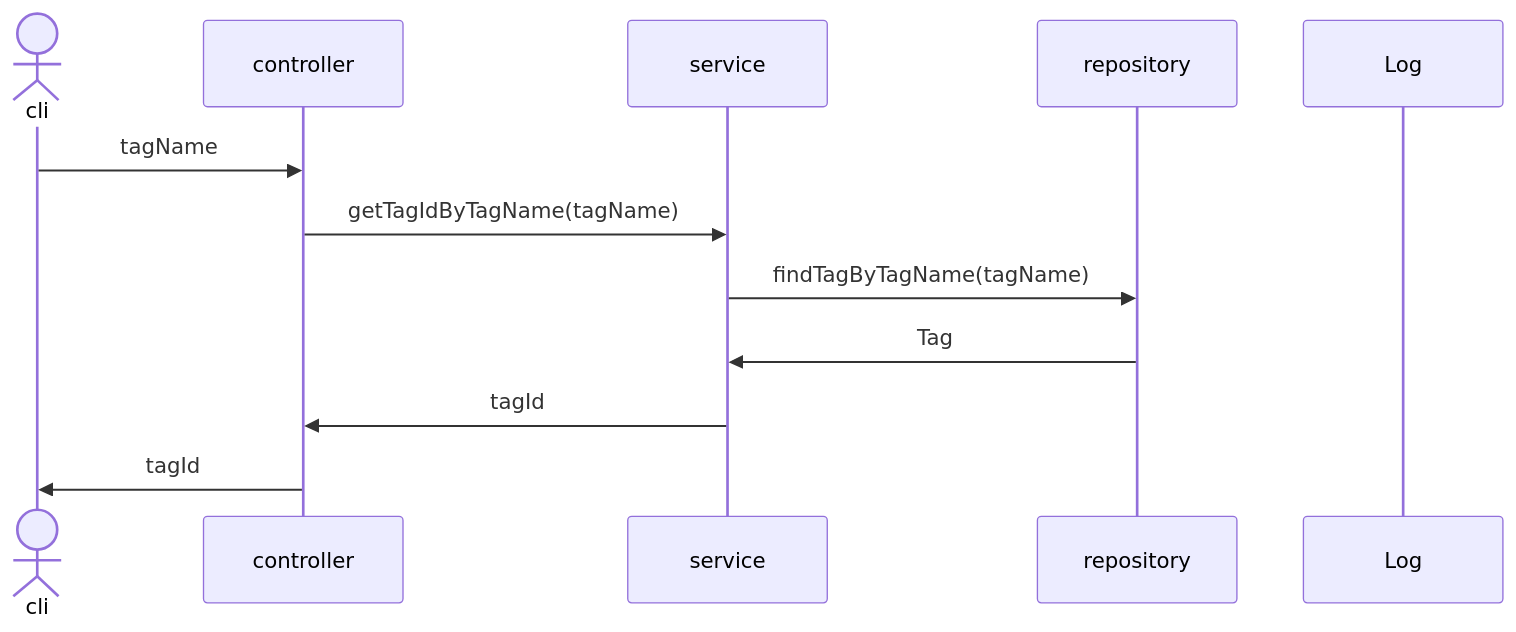
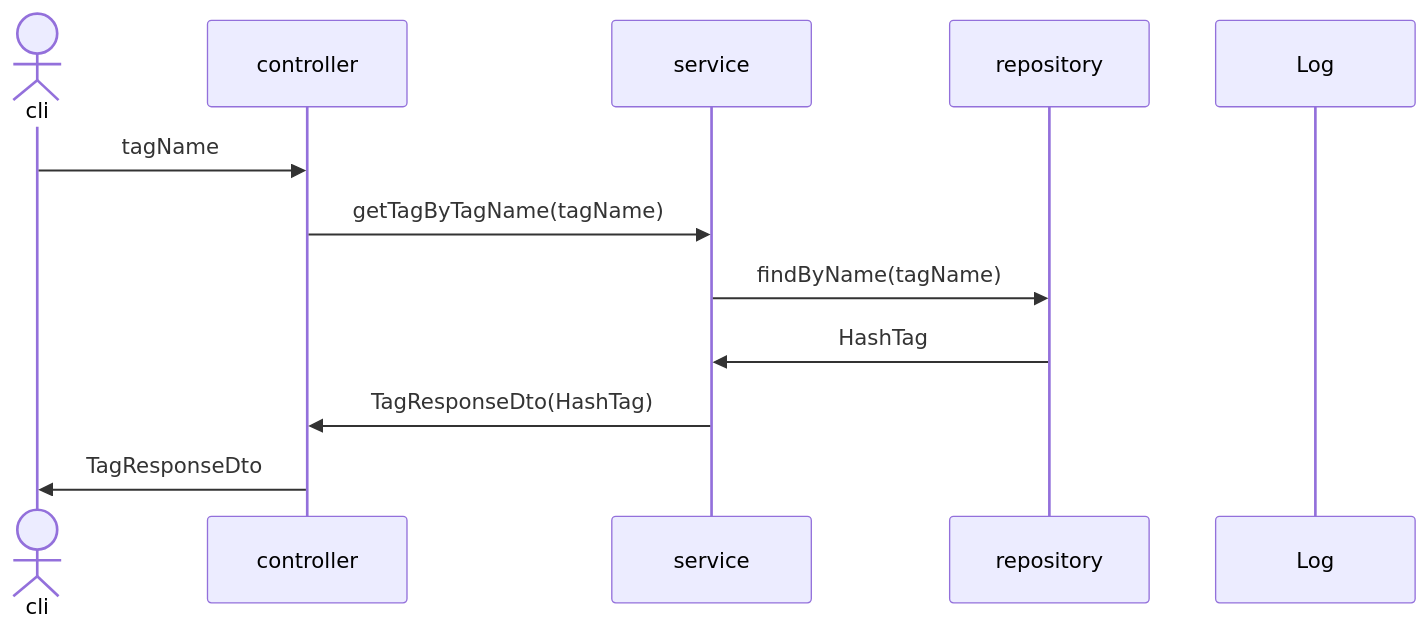
Diagram 21 of 28 in sequence.md (mtak0235/snsX), drawn with Mermaid before and after one commit. The commit also changed other lines of this file, not shown here.

Commit message:
update searchByTagForm & searchByTag sequence diagram

````diff
--- a/sequence.md
+++ b/sequence.md
@@ -445,15 +445,15 @@
 ```mermaid
 sequenceDiagram
 actor cli
 participant c as controller
 participant s as service
 participant r as repository
 participant l as Log
 
 cli->>c: tagName
-c->>s: getTagIdByTagName(tagName)
-s->>r: findTagByTagName(tagName)
-r->>s: Tag
-s->>c: tagId
-c->>cli: tagId
+c->>s: getTagByTagName(tagName)
+s->>r: findByName(tagName)
+r->>s: HashTag
+s->>c: TagResponseDto(HashTag)
+c->>cli: TagResponseDto
 ```
````
